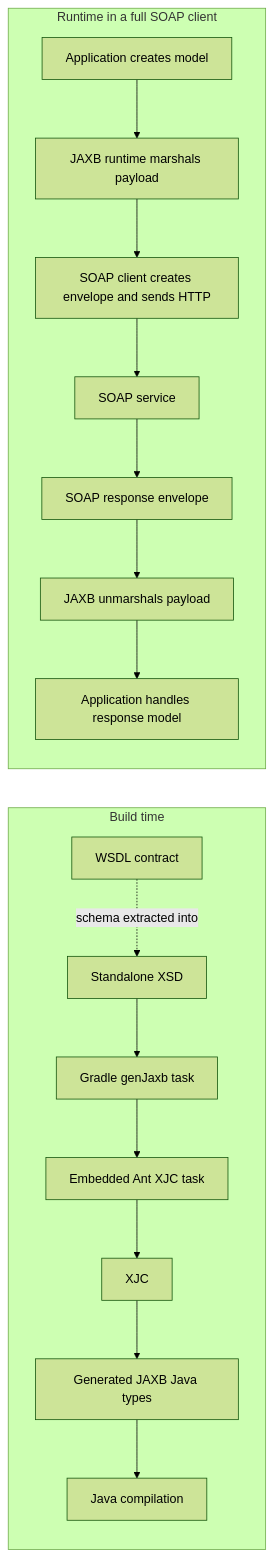
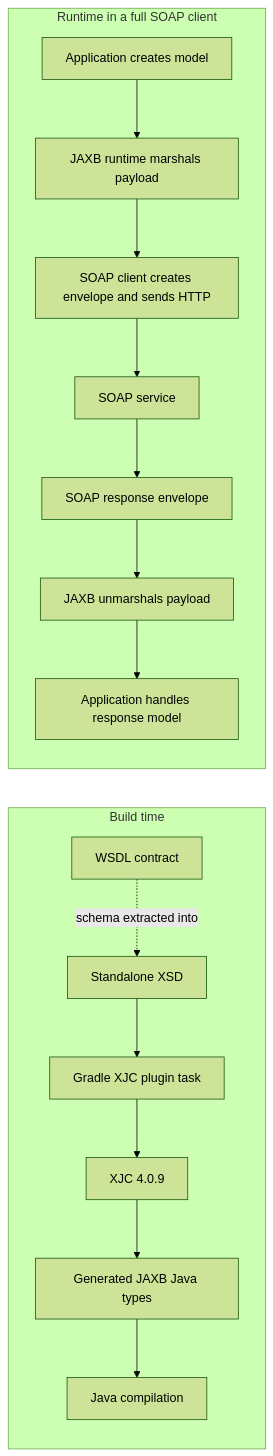
The eighth of 9 diagrams in docs/SOAP_WSDL_XSD_JAXB_ANT_GRADLE_GUIDE.md (mohamedashfaq01/spring-boot-jaxb-ant-codegen), drawn with Mermaid (forest theme) before and after one commit. The commit also changed other lines of this file and 74 other files, not shown here.

Commit message:
Remove obsolete files and migrate to Gradle XJC plugin for JAXB generation

````diff
--- a/docs/SOAP_WSDL_XSD_JAXB_ANT_GRADLE_GUIDE.md
+++ b/docs/SOAP_WSDL_XSD_JAXB_ANT_GRADLE_GUIDE.md
@@ -438,19 +427,18 @@
 ```mermaid
 flowchart LR
     subgraph BuildTime[Build time]
         WSDL[WSDL contract] -. schema extracted into .-> XSD[Standalone XSD]
-        XSD --> Gradle[Gradle genJaxb task]
-        Gradle --> Ant[Embedded Ant XJC task]
-        Ant --> XJC[XJC]
+        XSD --> Gradle[Gradle XJC plugin task]
+        Gradle --> XJC[XJC 4.0.9]
         XJC --> Java[Generated JAXB Java types]
         Java --> Compile[Java compilation]
     end
     subgraph Runtime[Runtime in a full SOAP client]
         App[Application creates model] --> JAXB[JAXB runtime marshals payload]
         JAXB --> SOAP[SOAP client creates envelope and sends HTTP]
         SOAP --> Server[SOAP service]
         Server --> SOAP2[SOAP response envelope]
         SOAP2 --> JAXB2[JAXB unmarshals payload]
         JAXB2 --> App2[Application handles response model]
     end
 ```
````
